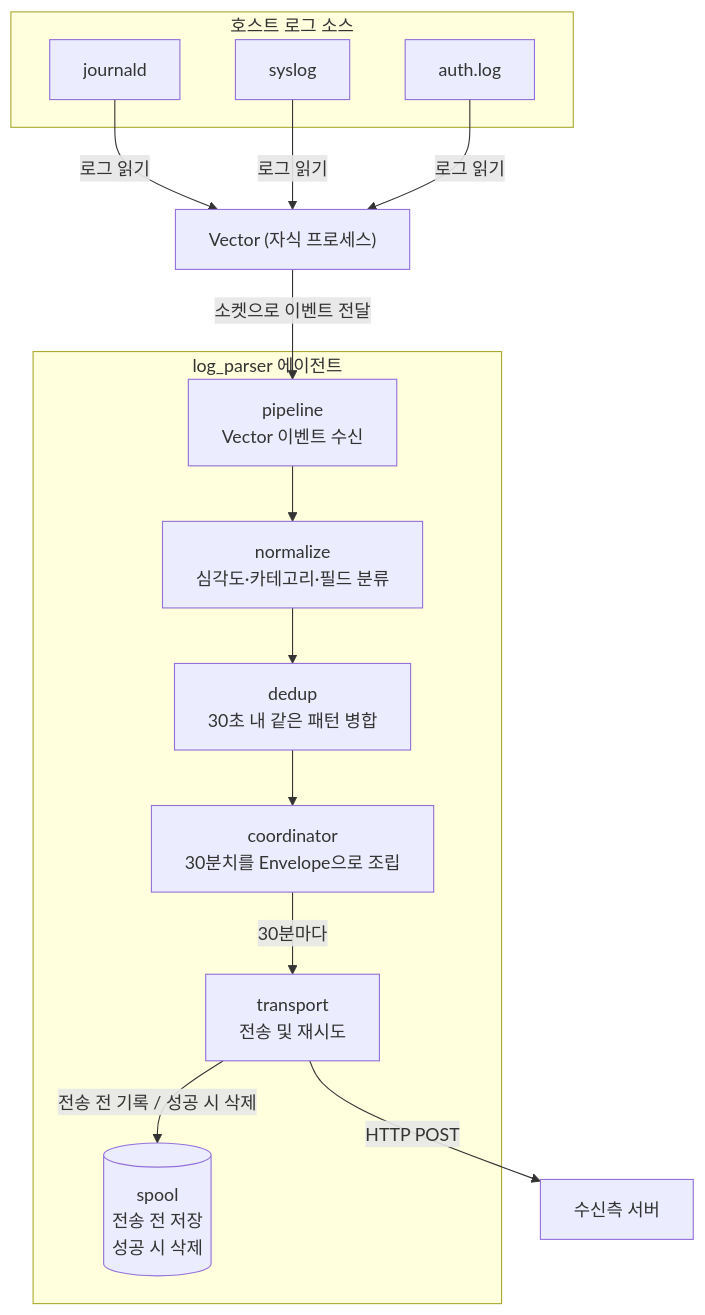
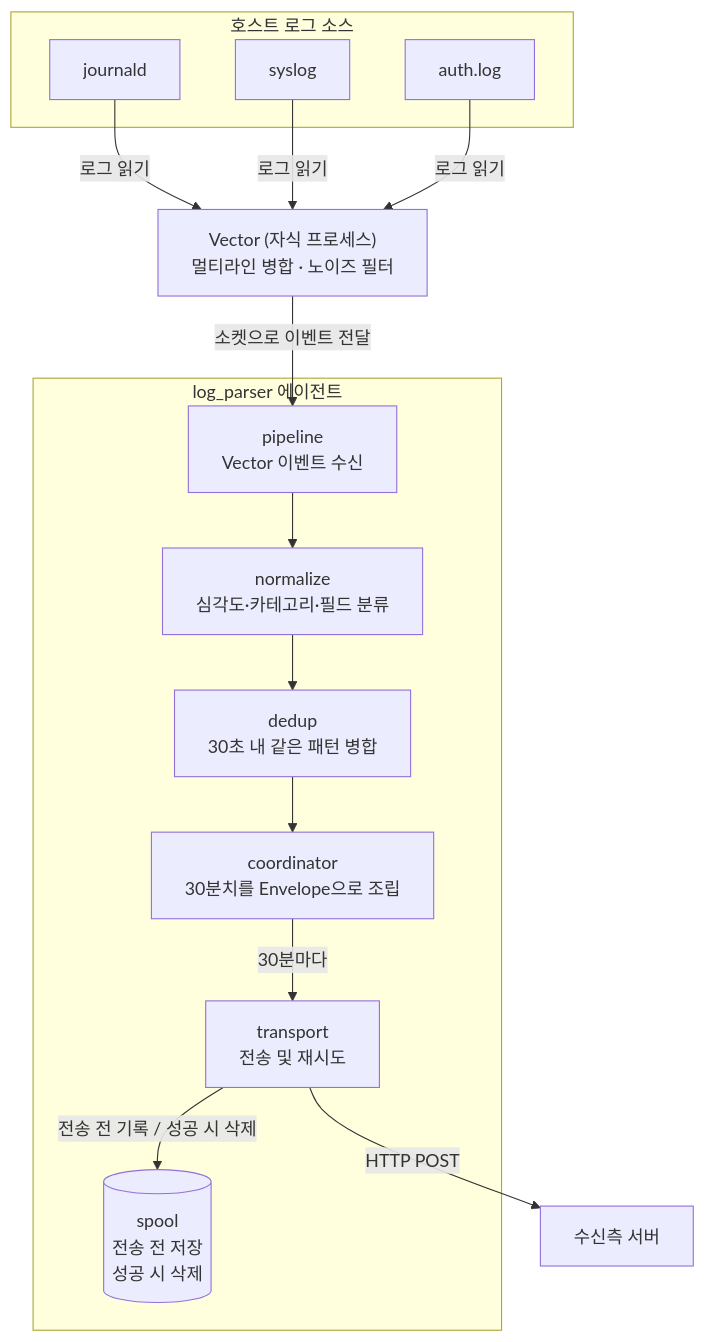
One commit to jijungon/log_parser changed the first of 2 diagrams in README.md. Above: the diagram before and after it, drawn with Mermaid. The commit also changed other lines of this file and 2 other files, not shown here.

First line of the commit message:
docs: fields.yaml·멀티라인·노이즈필터·logger 조건 문서화 (로드맵 1~5 반영)

````diff
--- a/README.md
+++ b/README.md
@@ -64,28 +77,28 @@
 ```mermaid
 flowchart TD
     subgraph HOST["호스트 로그 소스"]
         J["journald"]
         SY["syslog"]
         AU["auth.log"]
     end
 
-    VEC["Vector (자식 프로세스)"]
+    VEC["Vector (자식 프로세스)<br/>멀티라인 병합 · 노이즈 필터"]
 
     subgraph AGENT["log_parser 에이전트"]
         V["pipeline<br/>Vector 이벤트 수신"]
         N["normalize<br/>심각도·카테고리·필드 분류"]
         D["dedup<br/>30초 내 같은 패턴 병합"]
         C["coordinator<br/>30분치를 Envelope으로 조립"]
         T["transport<br/>전송 및 재시도"]
         SP[("spool<br/>전송 전 저장<br/>성공 시 삭제")]
     end
 
     RCV["수신측 서버"]
 
     J & SY & AU -->|로그 읽기| VEC
     VEC -->|소켓으로 이벤트 전달| V
     V --> N --> D --> C
     C -->|30분마다| T
     T -->|전송 전 기록 / 성공 시 삭제| SP
     T -->|HTTP POST| RCV
 ```
````
